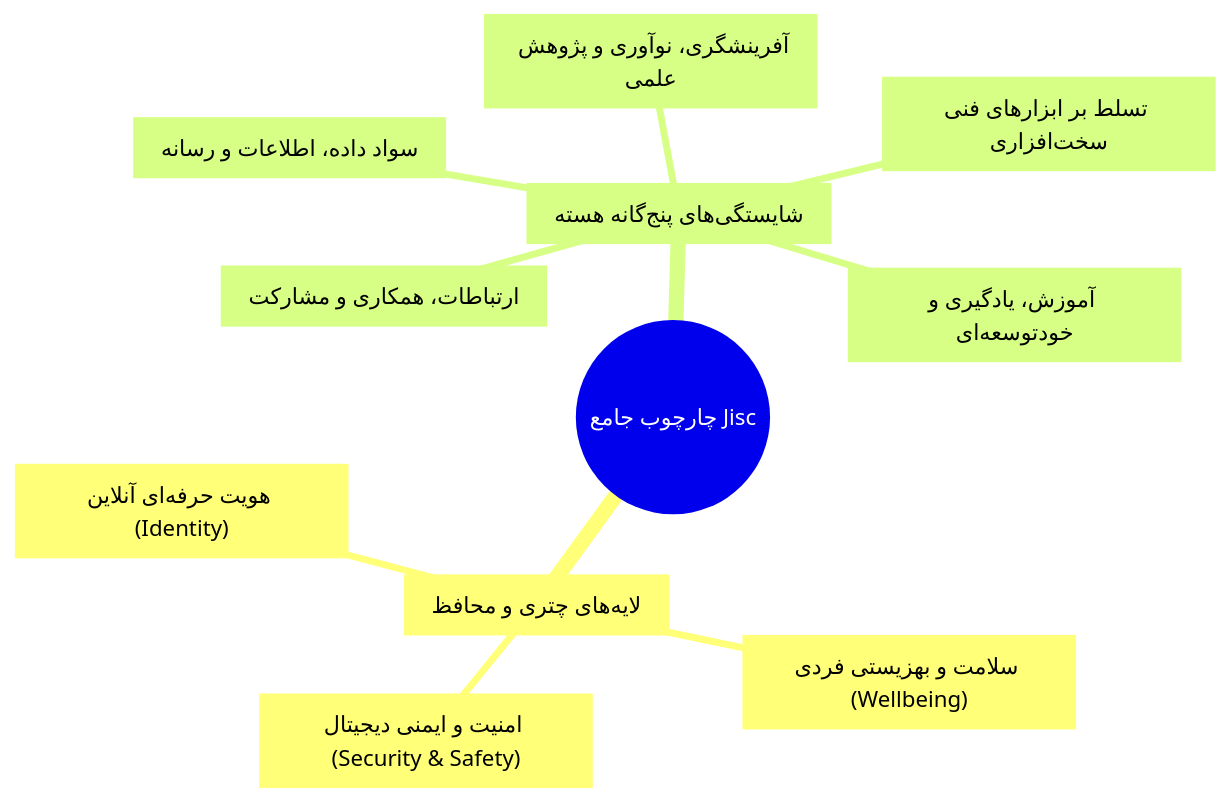
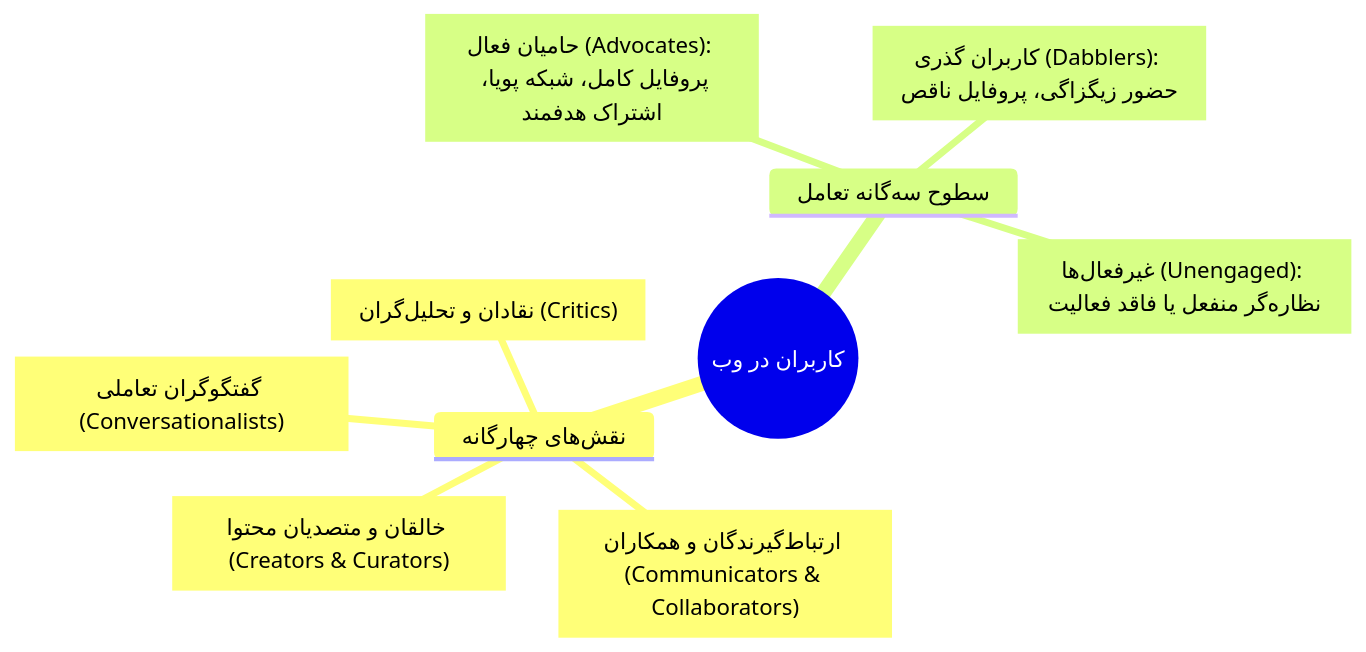
One commit to neopulse-hub/-TUMS-1402-2-material-notes- changed the second of 26 diagrams in 05/تکنولوژی و اطلاع‌رسانی/جزوه‌محور - خلاصه.md. Above: the diagram before and after it, drawn with Mermaid. The commit also changed other lines of this file, not shown here.

````diff
--- a/05/تکنولوژی و اطلاع‌رسانی/جزوه‌محور - خلاصه.md
+++ b/05/تکنولوژی و اطلاع‌رسانی/جزوه‌محور - خلاصه.md
@@ -65,14 +75,13 @@
 ```mermaid
 mindmap
-  root((چارچوب جامع Jisc))
-    ["لایه‌های چتری و محافظ"]
-      ["امنیت و ایمنی دیجیتال (Security & Safety)"]
-      ["سلامت و بهزیستی فردی (Wellbeing)"]
-      ["هویت حرفه‌ای آنلاین (Identity)"]
-    ["شایستگی‌های پنج‌گانه هسته"]
-      ["سواد داده، اطلاعات و رسانه"]
-      ["آموزش، یادگیری و خودتوسعه‌ای"]
-      ["ارتباطات، همکاری و مشارکت"]
-      ["تسلط بر ابزارهای فنی سخت‌افزاری"]
-      ["آفرینشگری، نوآوری و پژوهش علمی"]
+  root((کاربران در وب))
+    نقش‌های چهارگانه
+      ["خالقان و متصدیان محتوا (Creators & Curators)"]
+      ["ارتباط‌گیرندگان و همکاران (Communicators & Collaborators)"]
+      ["گفتگوگران تعاملی (Conversationalists)"]
+      ["نقادان و تحلیل‌گران (Critics)"]
+    سطوح سه‌گانه تعامل
+      ["حامیان فعال (Advocates): پروفایل کامل، شبکه پویا، اشتراک هدفمند"]
+      ["کاربران گذری (Dabblers): حضور زیگزاگی، پروفایل ناقص"]
+      ["غیرفعال‌ها (Unengaged): نظاره‌گر منفعل یا فاقد فعالیت"]
 ```
````
